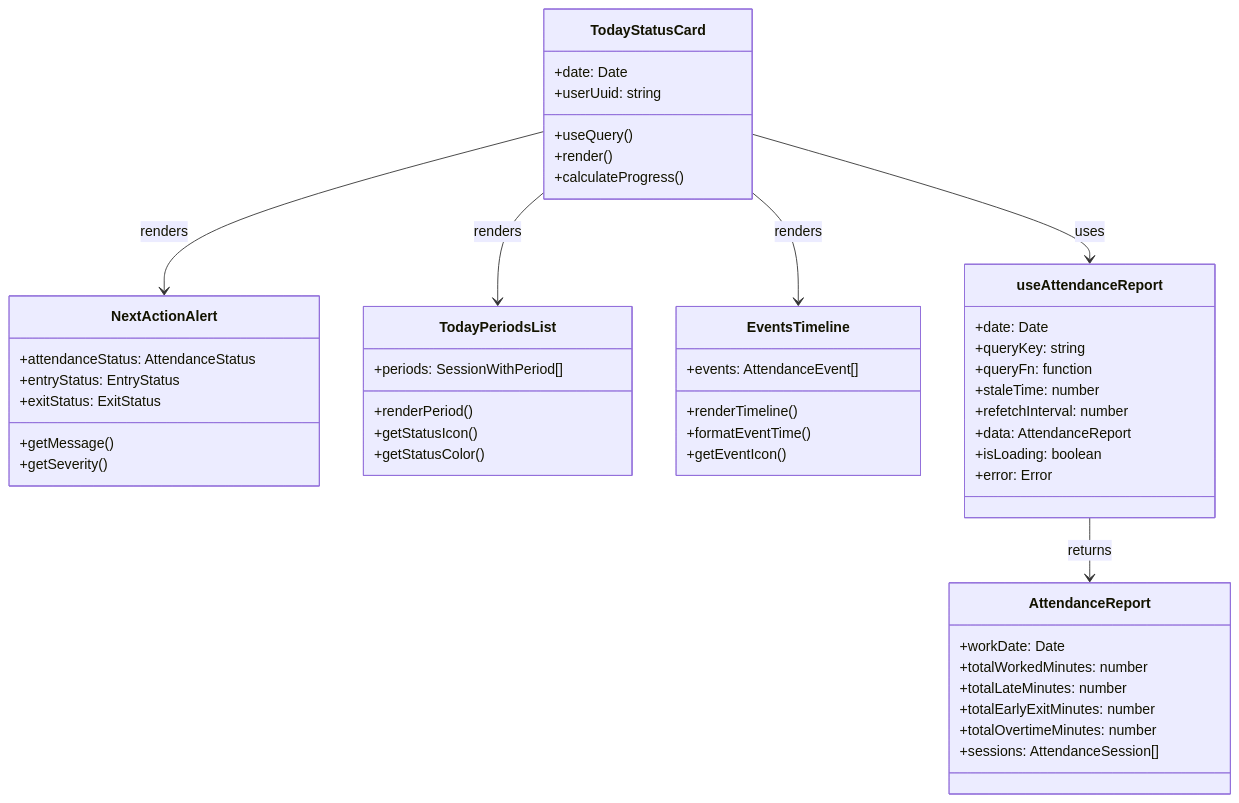
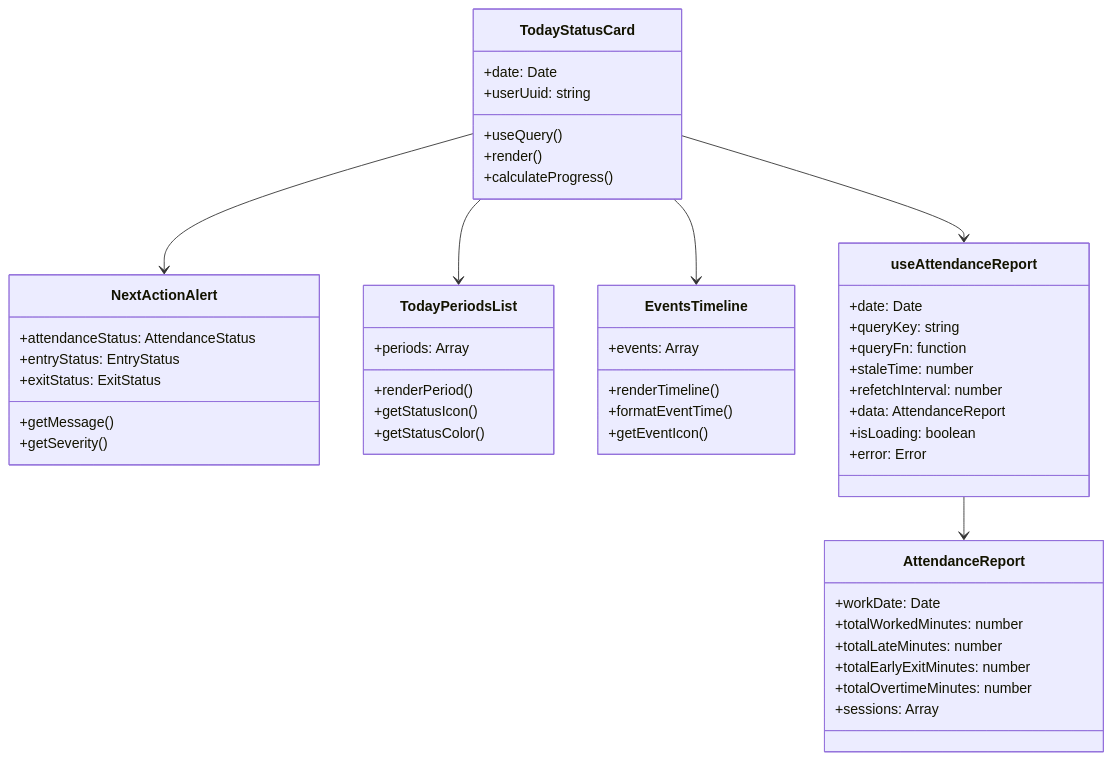
One commit to MAAC77/docs-hr changed the fourth of 6 diagrams in 03-modulo-asistencia-en-tiempo-real/03-flujo-de-datos.md. Above: the diagram before and after it, drawn with Mermaid. The commit also changed 12 other files, not shown here.

````diff
--- a/03-modulo-asistencia-en-tiempo-real/03-flujo-de-datos.md
+++ b/03-modulo-asistencia-en-tiempo-real/03-flujo-de-datos.md
@@ -154,58 +154,58 @@
 ```mermaid
 classDiagram
     class TodayStatusCard {
         +date: Date
         +userUuid: string
         +useQuery()
         +render()
         +calculateProgress()
     }
 
     class NextActionAlert {
         +attendanceStatus: AttendanceStatus
         +entryStatus: EntryStatus
         +exitStatus: ExitStatus
         +getMessage()
         +getSeverity()
     }
 
     class TodayPeriodsList {
-        +periods: SessionWithPeriod[]
+        +periods: Array
         +renderPeriod()
         +getStatusIcon()
         +getStatusColor()
     }
 
     class EventsTimeline {
-        +events: AttendanceEvent[]
+        +events: Array
         +renderTimeline()
         +formatEventTime()
         +getEventIcon()
     }
 
     class useAttendanceReport {
         +date: Date
         +queryKey: string
         +queryFn: function
         +staleTime: number
         +refetchInterval: number
         +data: AttendanceReport
         +isLoading: boolean
         +error: Error
     }
 
     class AttendanceReport {
         +workDate: Date
         +totalWorkedMinutes: number
         +totalLateMinutes: number
         +totalEarlyExitMinutes: number
         +totalOvertimeMinutes: number
-        +sessions: AttendanceSession[]
+        +sessions: Array
     }
 
-    TodayStatusCard --> useAttendanceReport : uses
-    TodayStatusCard --> NextActionAlert : renders
-    TodayStatusCard --> TodayPeriodsList : renders
-    TodayStatusCard --> EventsTimeline : renders
-    useAttendanceReport --> AttendanceReport : returns
+    TodayStatusCard --> useAttendanceReport
+    TodayStatusCard --> NextActionAlert
+    TodayStatusCard --> TodayPeriodsList
+    TodayStatusCard --> EventsTimeline
+    useAttendanceReport --> AttendanceReport
 ```
````
